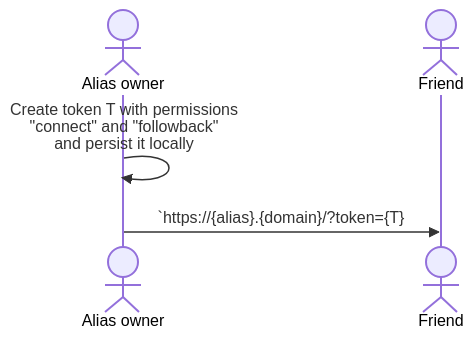
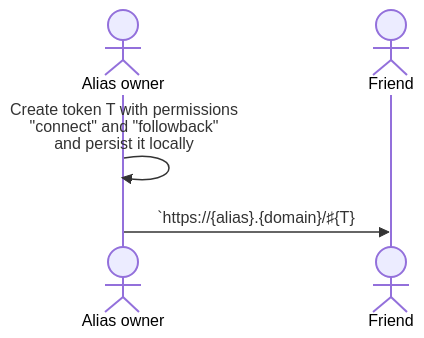
One commit to staltz/ssb-room-broker-auth-spec changed the first of 4 diagrams in content.md. Above: the diagram before and after it, drawn with Mermaid. The commit also changed other lines of this file and 1 other file, not shown here.

````diff
--- a/content.md
+++ b/content.md
@@ -43,8 +35,8 @@
 ```mermaid
 sequenceDiagram
   actor A as Alias owner
   actor B as Friend
 
   A->>A: Create token T with permissions<br/>"connect" and "followback"<br/>and persist it locally
-  A->>B: `https://{alias}.{domain}/?token={T}
+  A->>B: `https://{alias}.{domain}/♯{T}
 ```
````
